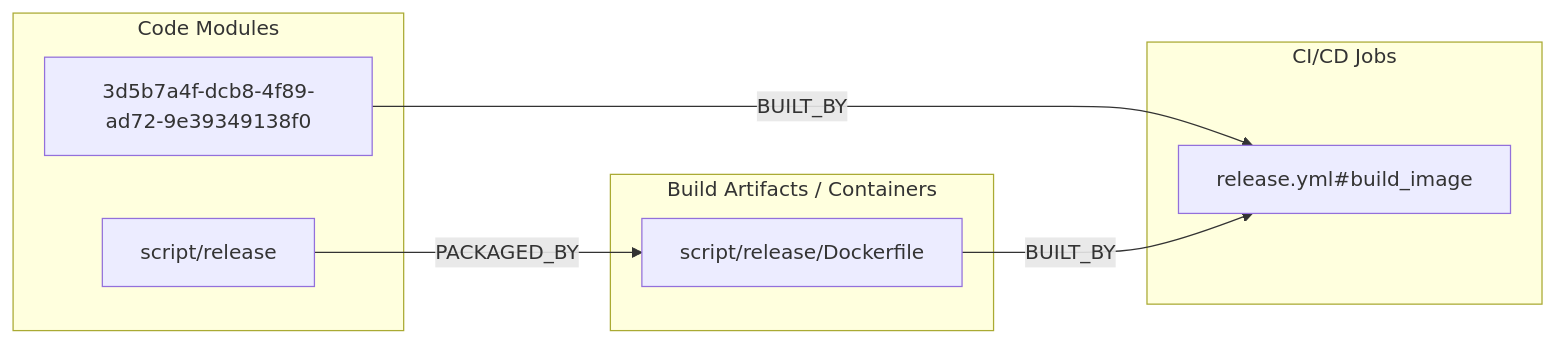
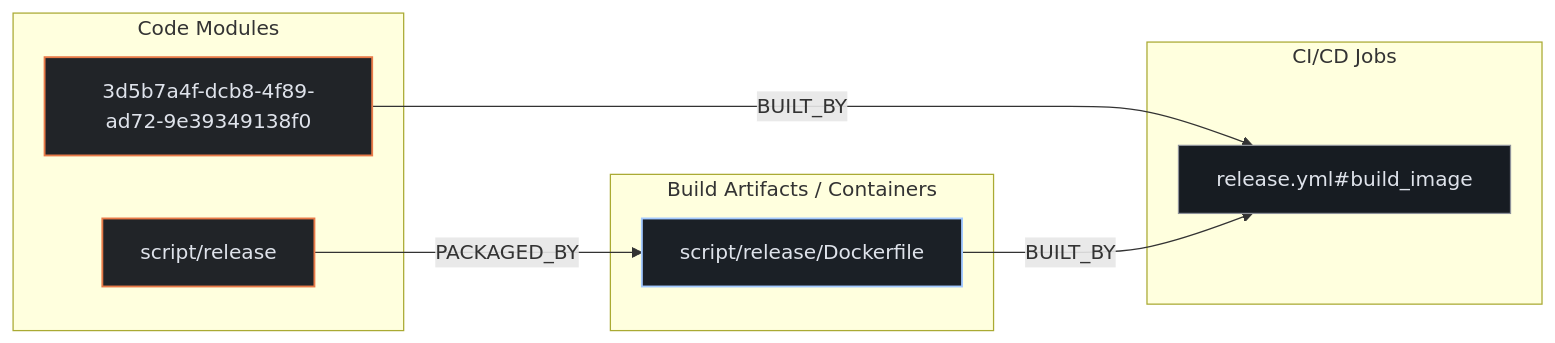
The second of 3 diagrams in exports/latest/reports/goharbor-acceleration-service-report.md (kumarshaz/atruss-code-atlas), drawn with Mermaid before and after one commit. The commit also changed other lines of this file and 331 other files, not shown here.

Commit message:
docs,ui,fix: update SDLC docs, reorder CI/CD DAG first, stylize Mermaid, and fix Arc42 pipeline topology

````diff
--- a/exports/latest/reports/goharbor-acceleration-service-report.md
+++ b/exports/latest/reports/goharbor-acceleration-service-report.md
@@ -164,16 +171,20 @@
 ```mermaid
 flowchart LR
+    classDef atlasCategory fill:#212428,stroke:#E87A48,stroke-width:1.5px,color:#dfe3eb
+    classDef atlasWorkflow fill:#1b2026,stroke:#a3c9ff,stroke-width:1.5px,color:#dfe3eb
+    classDef atlasJob fill:#171c22,stroke:#8d9199,stroke-width:1px,color:#dfe3eb
+    classDef atlasTarget fill:#005227,stroke:#8bd99b,stroke-width:1.5px,color:#a7f6b6
     subgraph code_modules["Code Modules"]
-        mod_3d5b7a4f_dcb8_4f89_ad72_9e39349138f0["3d5b7a4f-dcb8-4f89-ad72-9e39349138f0"]
-        mod_script_release["script/release"]
+        mod_3d5b7a4f_dcb8_4f89_ad72_9e39349138f0["3d5b7a4f-dcb8-4f89-ad72-9e39349138f0"]:::atlasCategory
+        mod_script_release["script/release"]:::atlasCategory
     end
     subgraph build_artifacts["Build Artifacts / Containers"]
-        art_script_release_Dockerfile["script/release/Dockerfile"]
+        art_script_release_Dockerfile["script/release/Dockerfile"]:::atlasWorkflow
     end
     subgraph ci_jobs["CI/CD Jobs"]
-        job_release_yml_build_image["release.yml#build_image"]
+        job_release_yml_build_image["release.yml#build_image"]:::atlasJob
     end
     mod_3d5b7a4f_dcb8_4f89_ad72_9e39349138f0 -->|BUILT_BY| job_release_yml_build_image
     mod_script_release -->|PACKAGED_BY| art_script_release_Dockerfile
     art_script_release_Dockerfile -->|BUILT_BY| job_release_yml_build_image
 ```
````
